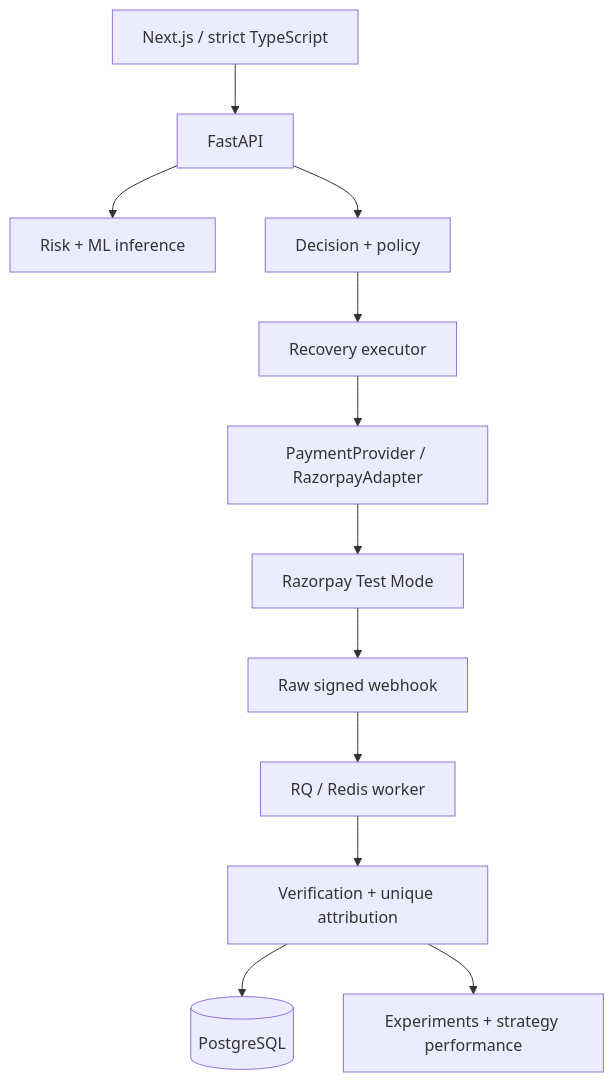
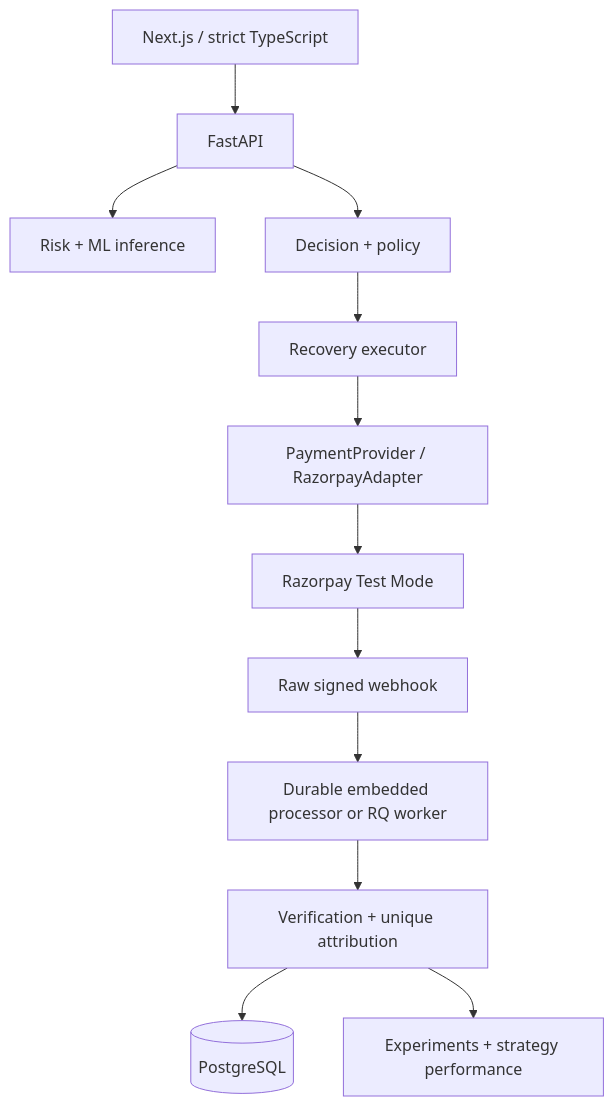
The second of 2 diagrams in README.md (Ved171104dev/RazorRecover), drawn with Mermaid before and after one commit. The commit also changed other lines of this file and 15 other files, not shown here.

````diff
--- a/README.md
+++ b/README.md
@@ -42,14 +42,14 @@
 ```mermaid
 flowchart TD
  UI[Next.js / strict TypeScript] --> API[FastAPI]
  API --> Risk[Risk + ML inference]
  API --> Decision[Decision + policy]
  Decision --> Executor[Recovery executor]
  Executor --> Provider[PaymentProvider / RazorpayAdapter]
  Provider --> RP[Razorpay Test Mode]
  RP --> Hook[Raw signed webhook]
- Hook --> Worker[RQ / Redis worker]
+ Hook --> Worker[Durable embedded processor or RQ worker]
  Worker --> Verify[Verification + unique attribution]
  Verify --> PG[(PostgreSQL)]
  Verify --> Learning[Experiments + strategy performance]
 ```
````
